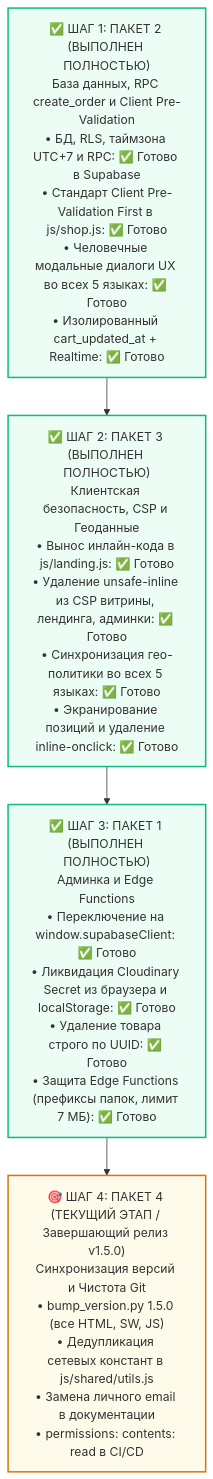
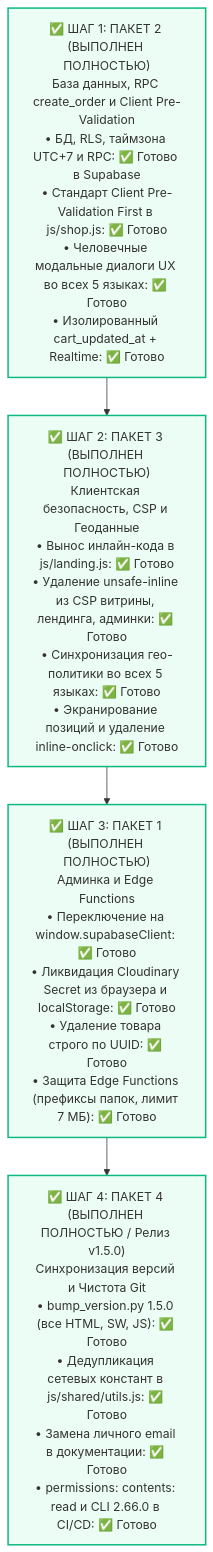
The diagram in FreshMarket-audit-v4-plan.md (deadproxor/fresh_market), drawn with Mermaid before and after one commit. The commit also changed other lines of this file and 19 other files, not shown here.

First line of the commit message:
chore(release): bump version to v1.5.0, deduplicate config, harden CI/CD and fix dictionary matching

````diff
--- a/FreshMarket-audit-v4-plan.md
+++ b/FreshMarket-audit-v4-plan.md
@@ -68,12 +71,12 @@
 ```mermaid
 flowchart TD
     P2["✅ ШАГ 1: ПАКЕТ 2 (ВЫПОЛНЕН ПОЛНОСТЬЮ)<br/>База данных, RPC create_order и Client Pre-Validation<br/>• БД, RLS, таймзона UTC+7 и RPC: ✅ Готово в Supabase<br/>• Стандарт Client Pre-Validation First в js/shop.js: ✅ Готово<br/>• Человечные модальные диалоги UX во всех 5 языках: ✅ Готово<br/>• Изолированный cart_updated_at + Realtime: ✅ Готово"]
     --> P3["✅ ШАГ 2: ПАКЕТ 3 (ВЫПОЛНЕН ПОЛНОСТЬЮ)<br/>Клиентская безопасность, CSP и Геоданные<br/>• Вынос инлайн-кода в js/landing.js: ✅ Готово<br/>• Удаление unsafe-inline из CSP витрины, лендинга, админки: ✅ Готово<br/>• Синхронизация гео-политики во всех 5 языках: ✅ Готово<br/>• Экранирование позиций и удаление inline-onclick: ✅ Готово"]
     --> P1["✅ ШАГ 3: ПАКЕТ 1 (ВЫПОЛНЕН ПОЛНОСТЬЮ)<br/>Админка и Edge Functions<br/>• Переключение на window.supabaseClient: ✅ Готово<br/>• Ликвидация Cloudinary Secret из браузера и localStorage: ✅ Готово<br/>• Удаление товара строго по UUID: ✅ Готово<br/>• Защита Edge Functions (префиксы папок, лимит 7 МБ): ✅ Готово"]
-    --> P4["🎯 ШАГ 4: ПАКЕТ 4 (ТЕКУЩИЙ ЭТАП / Завершающий релиз v1.5.0)<br/>Синхронизация версий и Чистота Git<br/>• bump_version.py 1.5.0 (все HTML, SW, JS)<br/>• Дедупликация сетевых констант в js/shared/utils.js<br/>• Замена личного email в документации<br/>• permissions: contents: read в CI/CD"]
+    --> P4["✅ ШАГ 4: ПАКЕТ 4 (ВЫПОЛНЕН ПОЛНОСТЬЮ / Релиз v1.5.0)<br/>Синхронизация версий и Чистота Git<br/>• bump_version.py 1.5.0 (все HTML, SW, JS): ✅ Готово<br/>• Дедупликация сетевых констант в js/shared/utils.js: ✅ Готово<br/>• Замена личного email в документации: ✅ Готово<br/>• permissions: contents: read и CLI 2.66.0 в CI/CD: ✅ Готово"]
 
     style P2 fill:#ecfdf5,stroke:#10b981,stroke-width:2px;
     style P3 fill:#ecfdf5,stroke:#10b981,stroke-width:2px;
     style P1 fill:#ecfdf5,stroke:#10b981,stroke-width:2px;
-    style P4 fill:#fffbeb,stroke:#d97706,stroke-width:2px;
+    style P4 fill:#ecfdf5,stroke:#10b981,stroke-width:2px;
 ```
````
